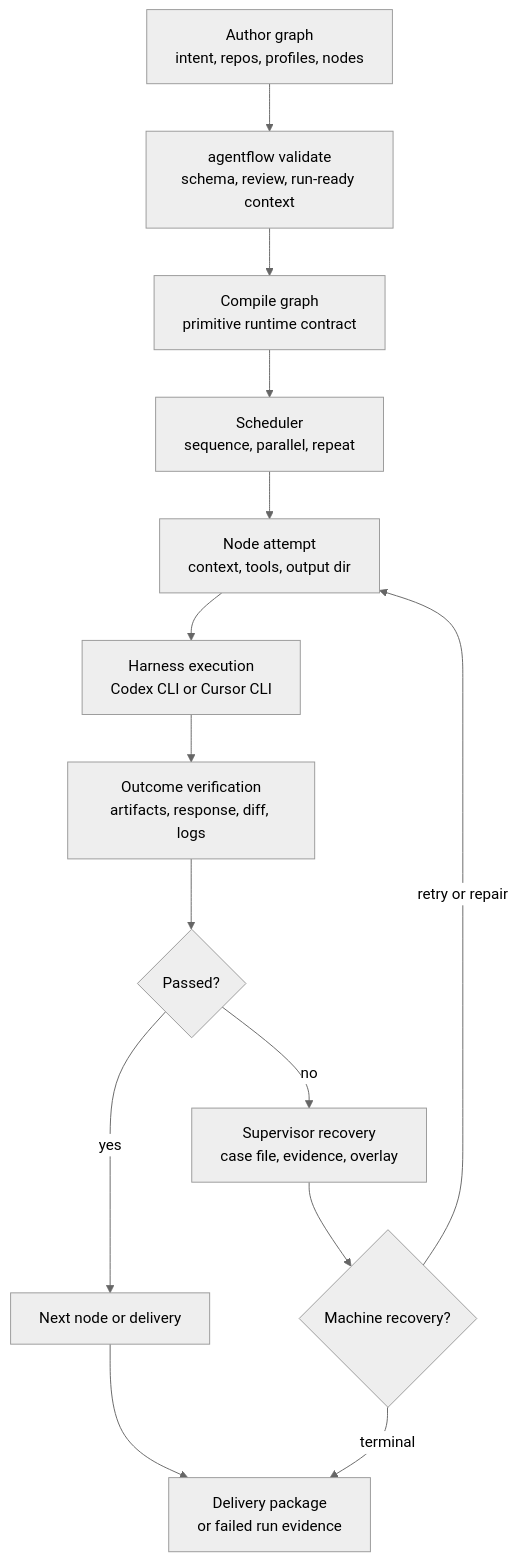
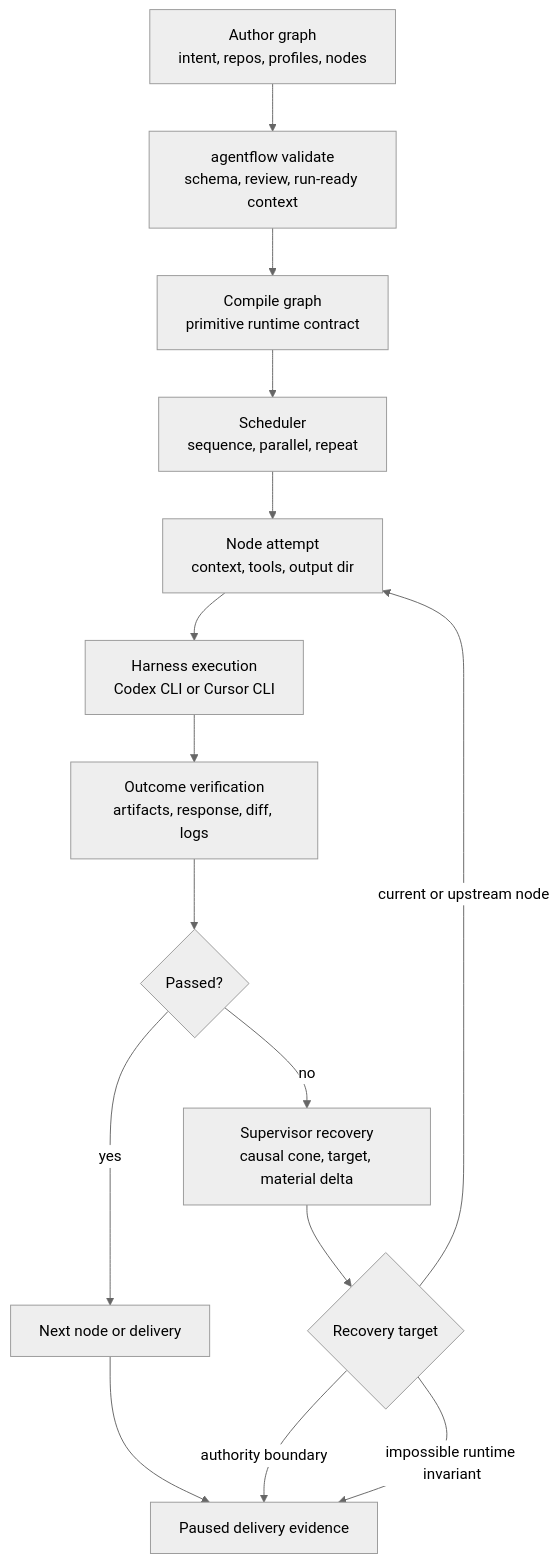
One commit to koji98/agentflow changed the second of 4 diagrams in README.md. Above: the diagram before and after it, drawn with Mermaid (neutral theme). The commit also changed other lines of this file and 71 other files, not shown here.

````diff
--- a/README.md
+++ b/README.md
@@ -49,16 +49,17 @@
 ```mermaid
 flowchart TD
   author["Author graph\nintent, repos, profiles, nodes"] --> validate["agentflow validate\nschema, review, run-ready context"]
   validate --> compile["Compile graph\nprimitive runtime contract"]
   compile --> schedule["Scheduler\nsequence, parallel, repeat"]
   schedule --> attempt["Node attempt\ncontext, tools, output dir"]
   attempt --> harness["Harness execution\nCodex CLI or Cursor CLI"]
   harness --> verify["Outcome verification\nartifacts, response, diff, logs"]
   verify --> passed{"Passed?"}
   passed -- yes --> next["Next node or delivery"]
-  passed -- no --> supervisor["Supervisor recovery\ncase file, evidence, overlay"]
-  supervisor --> retry{"Machine recovery?"}
-  retry -- retry or repair --> attempt
-  retry -- terminal --> delivery["Delivery package\nor failed run evidence"]
+  passed -- no --> supervisor["Supervisor recovery\ncausal cone, target, material delta"]
+  supervisor --> target{"Recovery target"}
+  target -- current or upstream node --> attempt
+  target -- authority boundary --> delivery["Paused delivery evidence"]
+  target -- impossible runtime invariant --> delivery
   next --> delivery
 ```
````
